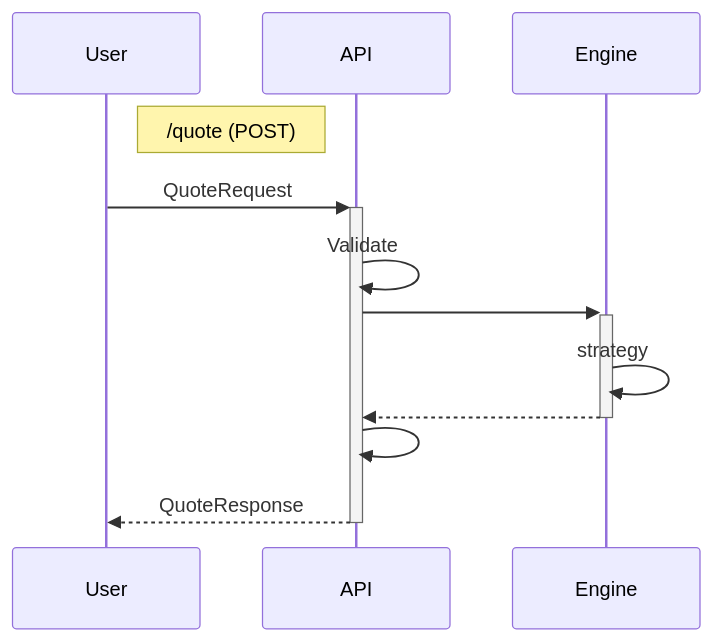
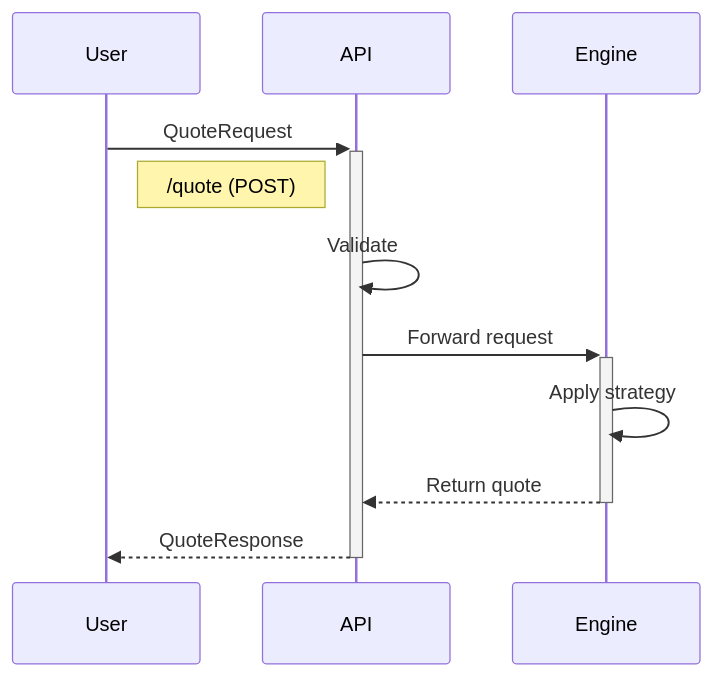
Before and after one commit to aori-io/aori-ts: the first of 2 diagrams in README.md, drawn with Mermaid. The commit also changed other lines of this file, not shown here.

Commit message:
mermaid diagrams

````diff
--- a/README.md
+++ b/README.md
@@ -41,14 +41,13 @@
 ```mermaid
 sequenceDiagram
     participant U as User
     participant API
     participant E as Engine
+    U->>+API: QuoteRequest
     note right of U: /quote (POST)
-    U->>+API: QuoteRequest
     API->>API: Validate
-    API->>+E:
-    E->>E: strategy
-    E-->>-API:
-    API->>API:
+    API->>+E: Forward request
+    E->>E: Apply strategy
+    E-->>-API: Return quote
     API-->>-U: QuoteResponse
 ```
````
